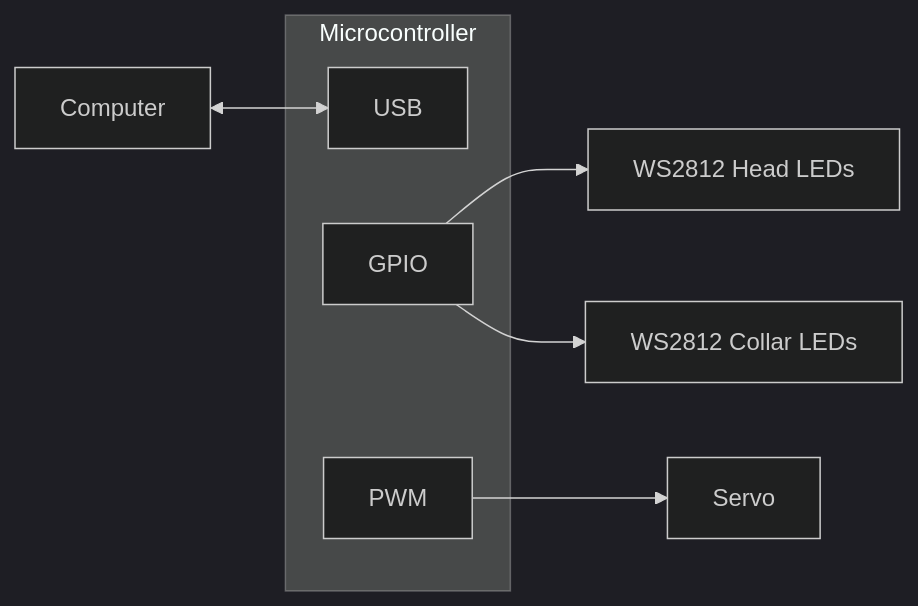
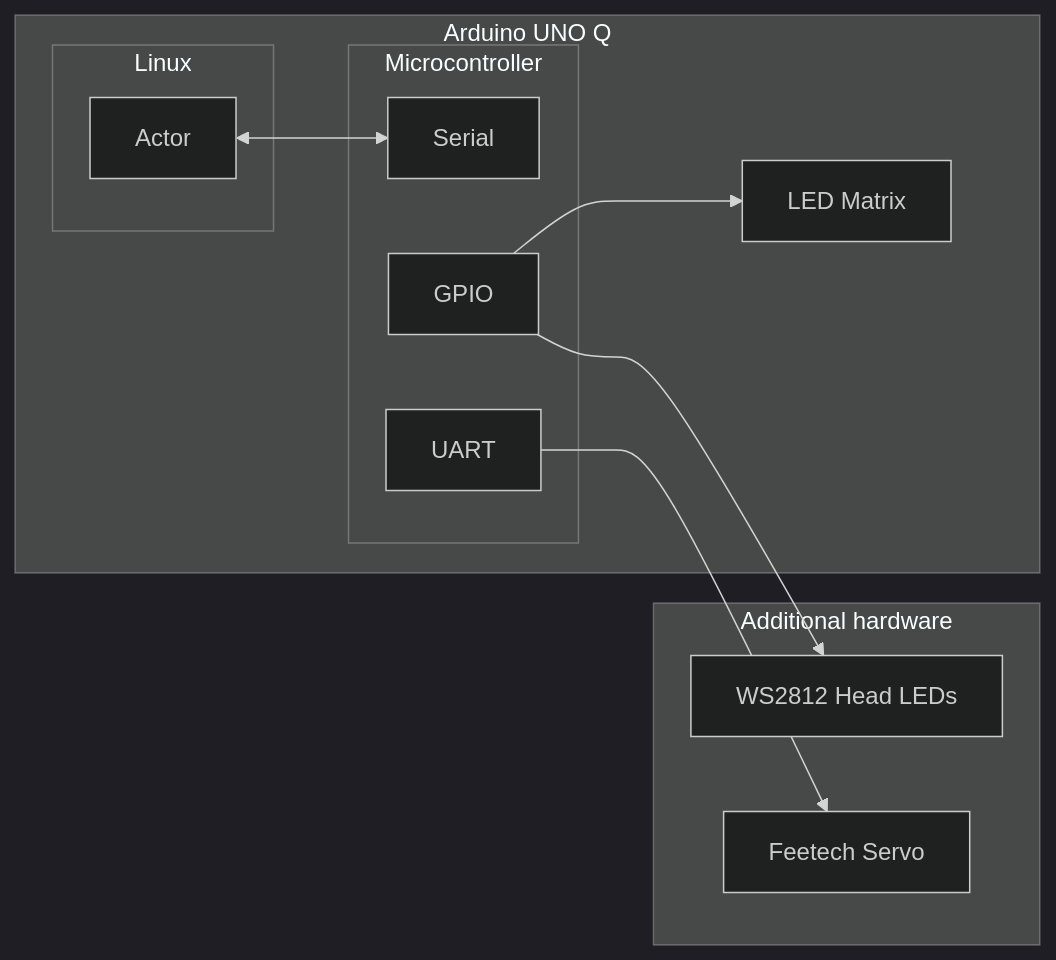
Before and after one commit to deadprogram/talkingheads: the third of 6 diagrams in README.md, drawn with Mermaid (dark theme). The commit also changed other lines of this file and 7 other files, not shown here.

````diff
--- a/README.md
+++ b/README.md
@@ -78,12 +71,18 @@
 ```mermaid
 flowchart LR
-subgraph Microcontroller
-    USB
-    GPIO
-    PWM
+subgraph Arduino UNO Q
+    subgraph Microcontroller
+        Serial
+        GPIO
+        UART
+    end
+    GPIO --> LEDMatrix[LED Matrix]
+    subgraph Linux
+        Actor<-->Serial
+    end
 end
-GPIO --> WS2812Head[WS2812 Head LEDs]
-GPIO --> WS2812Collar[WS2812 Collar LEDs]
-PWM --> Servo
-Computer <--> USB
+subgraph Additional hardware
+    GPIO --> WS2812Head[WS2812 Head LEDs]
+    UART --> Servo[Feetech Servo]
+end
 ```
````
